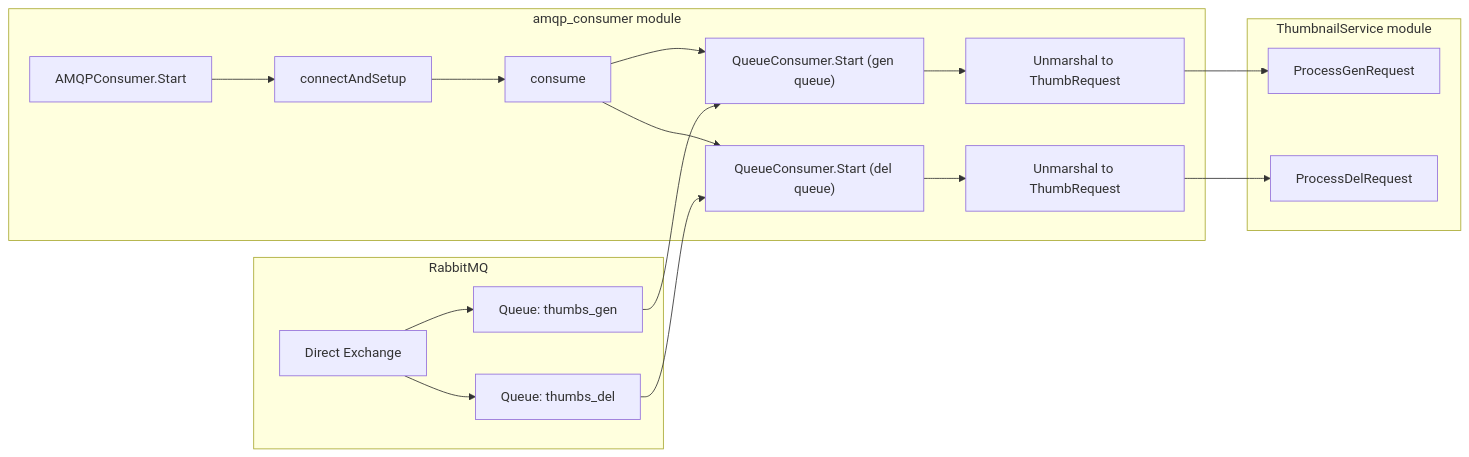
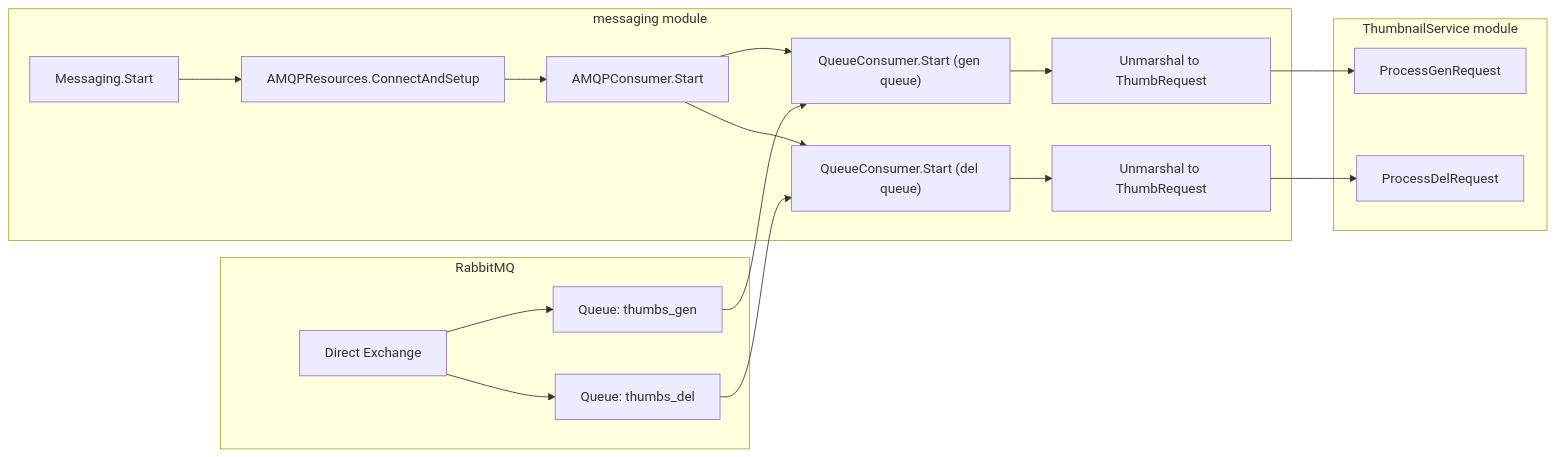
The diagram in docs/architecture.md (giobyte8/thumbnailer), drawn with Mermaid before and after one commit. The commit also changed other lines of this file and 13 other files, not shown here.

````diff
--- a/docs/architecture.md
+++ b/docs/architecture.md
@@ -17,34 +18,34 @@
 ```mermaid
 flowchart LR
   subgraph RQ[RabbitMQ]
     EX[Direct Exchange]
     QG[Queue: thumbs_gen]
     QD[Queue: thumbs_del]
     EX --> QG
     EX --> QD
   end
 
-  subgraph AC[amqp_consumer module]
-    S[AMQPConsumer.Start]
-    CS[connectAndSetup]
-    C[consume]
+  subgraph AC[messaging module]
+    S[Messaging.Start]
+    CS[AMQPResources.ConnectAndSetup]
+    C[AMQPConsumer.Start]
     QCG["QueueConsumer.Start (gen queue)"]
     QCD["QueueConsumer.Start (del queue)"]
     UMG[Unmarshal to ThumbRequest]
     UMD[Unmarshal to ThumbRequest]
 
     S --> CS --> C
     C --> QCG --> UMG
     C --> QCD --> UMD
   end
 
   subgraph TS[ThumbnailService module]
     PG[ProcessGenRequest]
     PD[ProcessDelRequest]
   end
 
   QG --> QCG
   QD --> QCD
   UMG --> PG
   UMD --> PD
 ```
````
